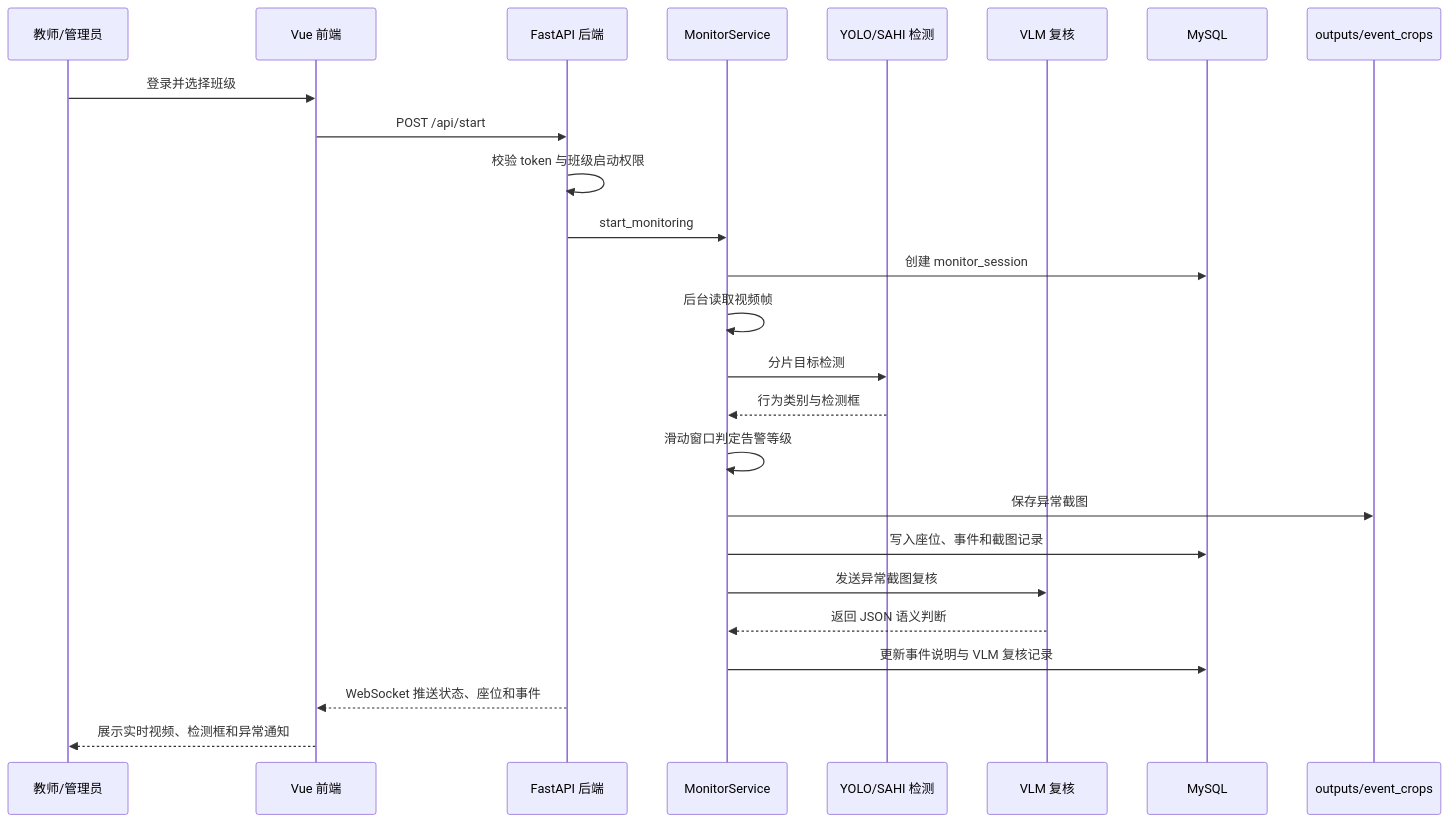
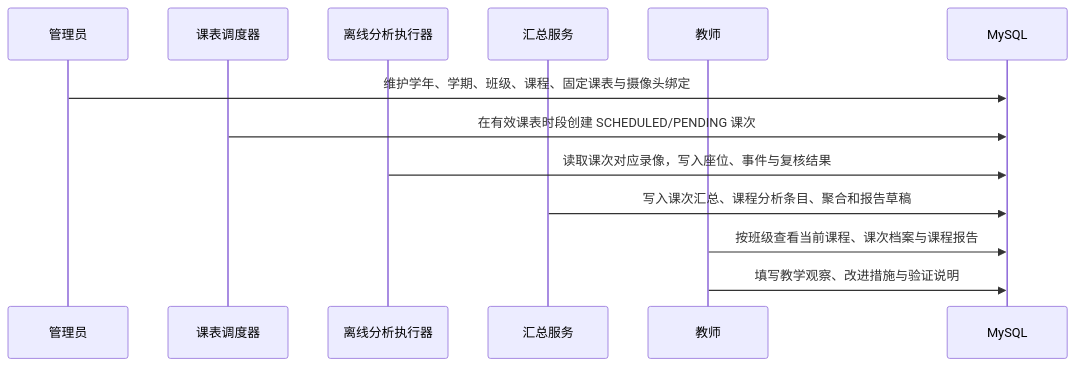
Before and after one commit to hoongs1314/ClassroomMonitoring: the second of 2 diagrams in docs/system_architecture.md, drawn with Mermaid. The commit also changed other lines of this file and 10 other files, not shown here.

````diff
--- a/docs/system_architecture.md
+++ b/docs/system_architecture.md
@@ -73,28 +65,16 @@
 ```mermaid
 sequenceDiagram
-    participant U as 教师/管理员
-    participant F as Vue 前端
-    participant A as FastAPI 后端
-    participant S as MonitorService
-    participant D as YOLO/SAHI 检测
-    participant V as VLM 复核
+    participant A as 管理员
+    participant T as 课表调度器
+    participant W as 离线分析执行器
+    participant S as 汇总服务
+    participant R as 教师
     participant DB as MySQL
-    participant FS as outputs/event_crops
 
-    U->>F: 登录并选择班级
-    F->>A: POST /api/start
-    A->>A: 校验 token 与班级启动权限
-    A->>S: start_monitoring
-    S->>DB: 创建 monitor_session
-    S->>S: 后台读取视频帧
-    S->>D: 分片目标检测
-    D-->>S: 行为类别与检测框
-    S->>S: 滑动窗口判定告警等级
-    S->>FS: 保存异常截图
-    S->>DB: 写入座位、事件和截图记录
-    S->>V: 发送异常截图复核
-    V-->>S: 返回 JSON 语义判断
-    S->>DB: 更新事件说明与 VLM 复核记录
-    A-->>F: WebSocket 推送状态、座位和事件
-    F-->>U: 展示实时视频、检测框和异常通知
+    A->>DB: 维护学年、学期、班级、课程、固定课表与摄像头绑定
+    T->>DB: 在有效课表时段创建 SCHEDULED/PENDING 课次
+    W->>DB: 读取课次对应录像，写入座位、事件与复核结果
+    S->>DB: 写入课次汇总、课程分析条目、聚合和报告草稿
+    R->>DB: 按班级查看当前课程、课次档案与课程报告
+    R->>DB: 填写教学观察、改进措施与验证说明
 ```
````
